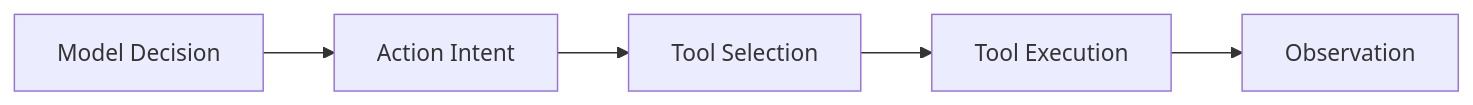
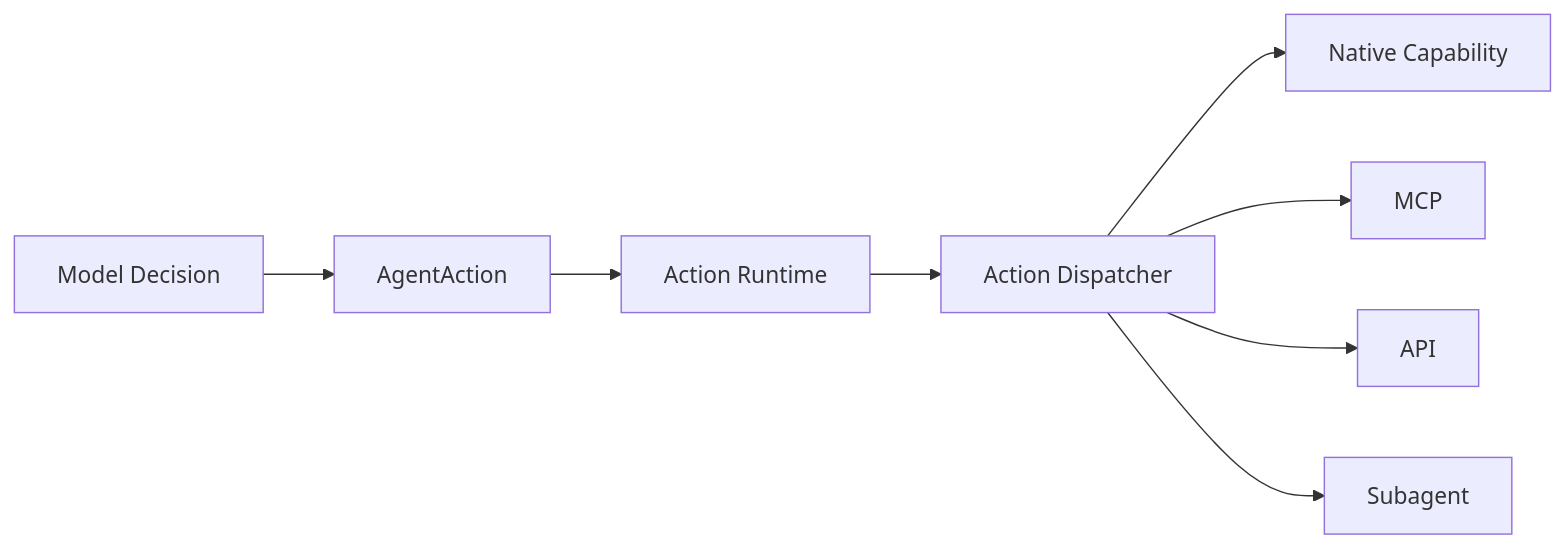
Before and after one commit to MaYaoquan/ai-agent-learning: the fourth of 5 diagrams in docs/01-agent-fundamentals/03-core-components.md, drawn with Mermaid. The commit also changed other lines of this file, not shown here.

Commit message:
docs: refine core agent component abstractions

````diff
--- a/docs/01-agent-fundamentals/03-core-components.md
+++ b/docs/01-agent-fundamentals/03-core-components.md
@@ -375,7 +394,11 @@
 ```mermaid
 flowchart LR
-    A[Model Decision] --> B[Action Intent]
-    B --> C[Tool Selection]
-    C --> D[Tool Execution]
-    D --> E[Observation]
+    A[Model Decision] --> B[AgentAction]
+    B --> C[Action Runtime]
+    C --> D[Action Dispatcher]
+
+    D --> E[Native Capability]
+    D --> F[MCP]
+    D --> G[API]
+    D --> H[Subagent]
 ```
````
